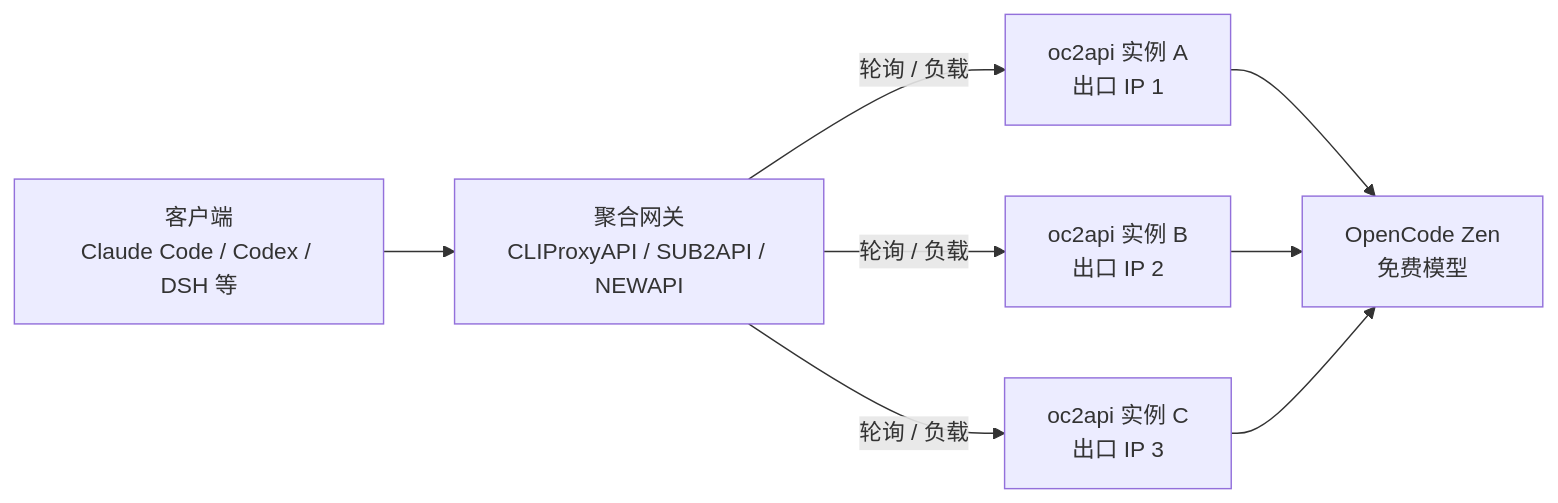
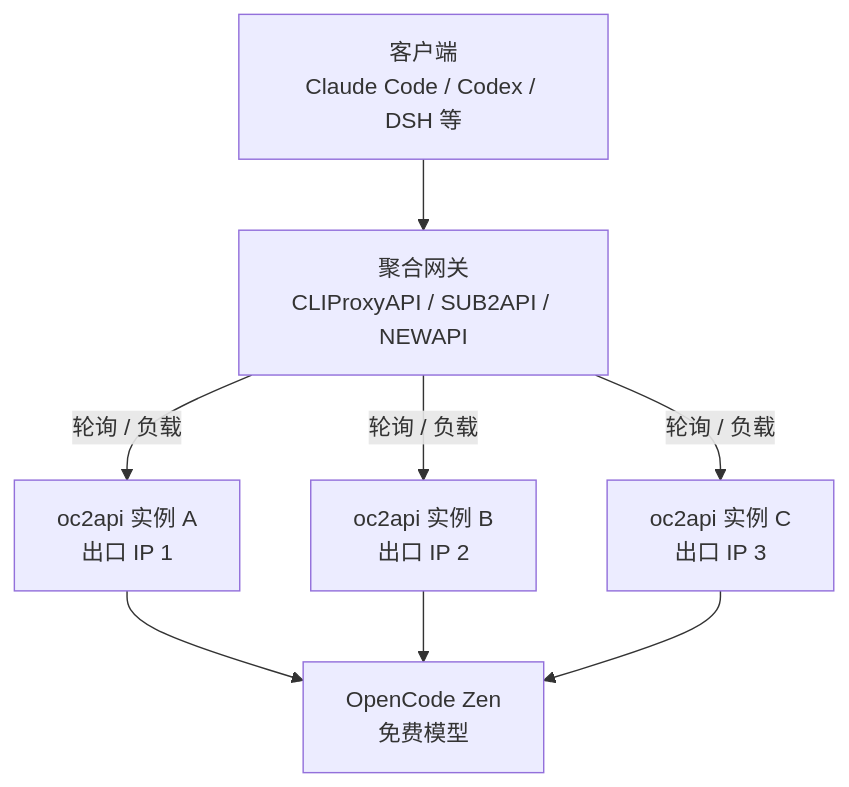
One commit to zhuweiyou/oc2api changed the diagram in README.md. Above: the diagram before and after it, drawn with Mermaid.

Commit message:
docs: 拓扑图改为上下布局（flowchart TD）

````diff
--- a/README.md
+++ b/README.md
@@ -7,17 +7,17 @@
 ```mermaid
-flowchart LR
+flowchart TD
     client["客户端<br/>Claude Code / Codex / DSH 等"]
     gateway["聚合网关<br/>CLIProxyAPI / SUB2API / NEWAPI"]
     a["oc2api 实例 A<br/>出口 IP 1"]
     b["oc2api 实例 B<br/>出口 IP 2"]
     c["oc2api 实例 C<br/>出口 IP 3"]
     zen["OpenCode Zen<br/>免费模型"]
 
     client --> gateway
     gateway -->|轮询 / 负载| a
     gateway -->|轮询 / 负载| b
     gateway -->|轮询 / 负载| c
     a --> zen
     b --> zen
     c --> zen
 ```
````
